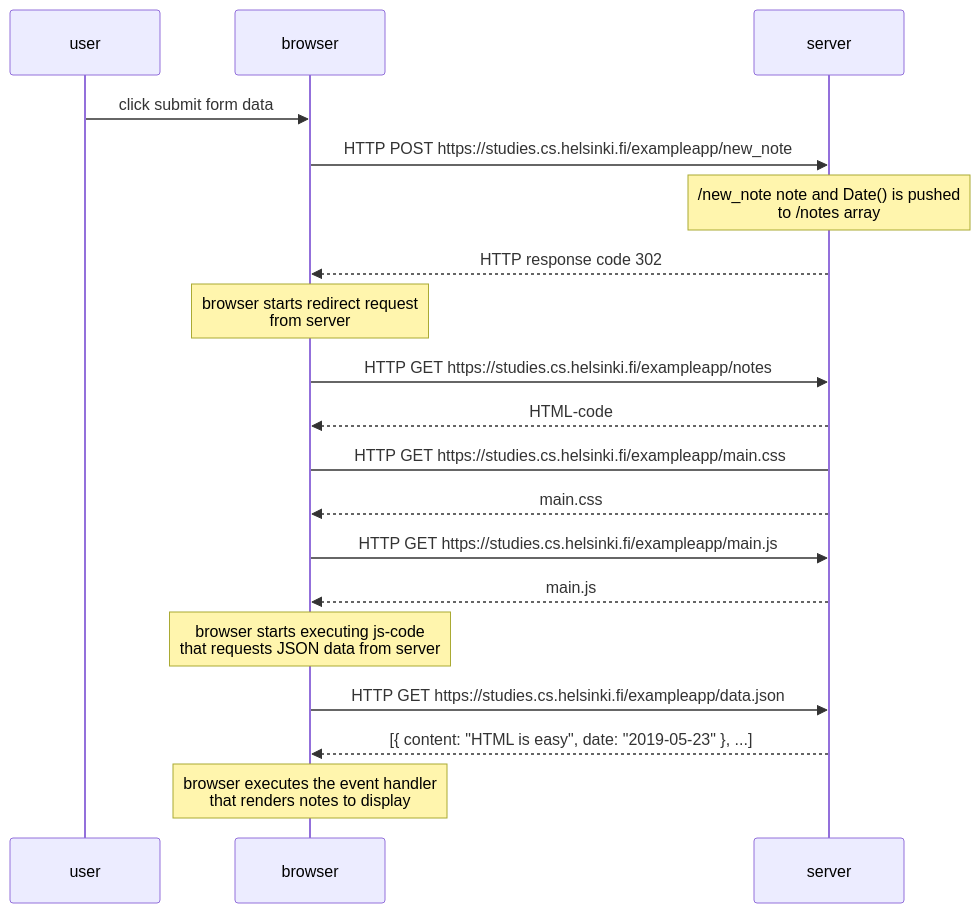
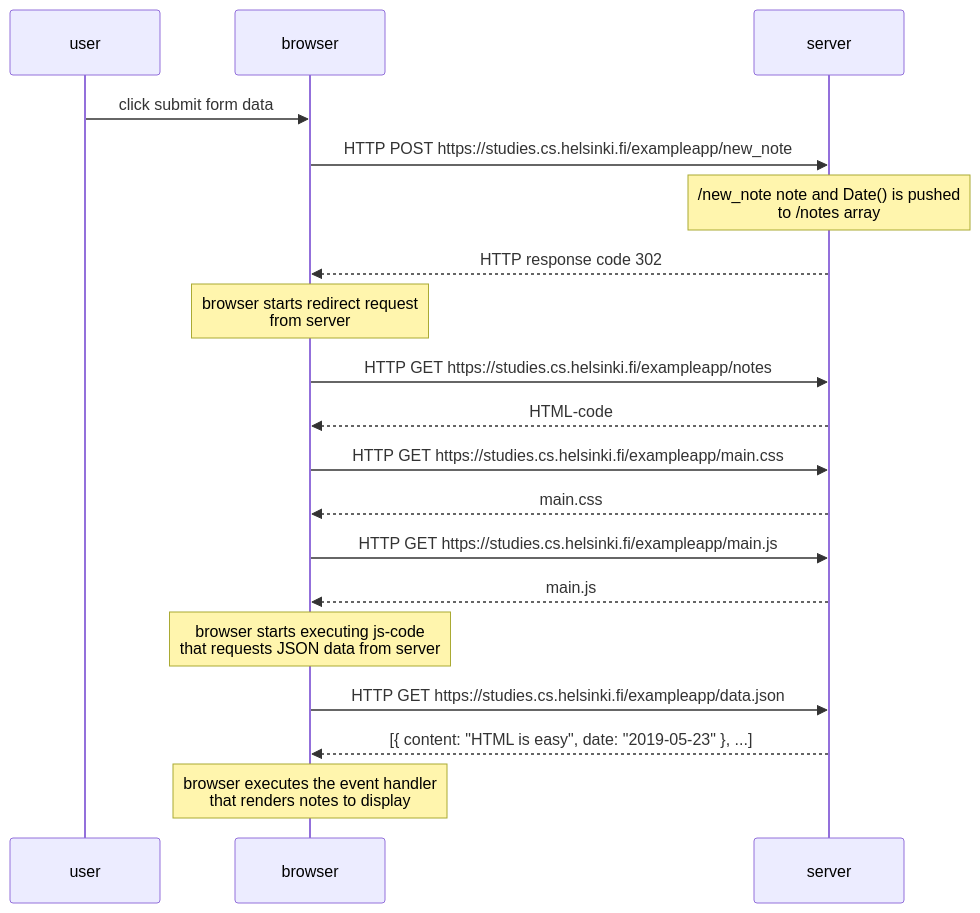
The diagram in part00/0.4 New note diagram/diagram.md (cyriljchan/FullStackOpen), drawn with Mermaid before and after one commit.

Commit message:
UPDATE: Added arrow to line 17

````diff
--- a/part00/0.4 New note diagram/diagram.md
+++ b/part00/0.4 New note diagram/diagram.md
@@ -1,28 +1,28 @@
 ```mermaid
 
 sequenceDiagram 
     participant user
     participant browser
     participant server
 
     user ->> browser: click submit form data
     browser ->> server: HTTP POST https://studies.cs.helsinki.fi/exampleapp/new_note
     note over server: /new_note note and Date() is pushed <br/>to /notes array
     server -->> browser: HTTP response code 302 
     note over browser: browser starts redirect request <br/>from server
 
     browser ->> server: HTTP GET https://studies.cs.helsinki.fi/exampleapp/notes
     server -->> browser: HTML-code
     
-    browser -> server: HTTP GET https://studies.cs.helsinki.fi/exampleapp/main.css
+    browser ->> server: HTTP GET https://studies.cs.helsinki.fi/exampleapp/main.css
     server -->> browser: main.css
     
     browser ->> server: HTTP GET https://studies.cs.helsinki.fi/exampleapp/main.js
     server -->> browser: main.js
     note over browser: browser starts executing js-code <br/>that requests JSON data from server
 
     browser ->> server: HTTP GET https://studies.cs.helsinki.fi/exampleapp/data.json
     server -->> browser: [{ content: "HTML is easy", date: "2019-05-23" }, ...]
     note over browser: browser executes the event handler <br/>that renders notes to display
 
 ```
````
